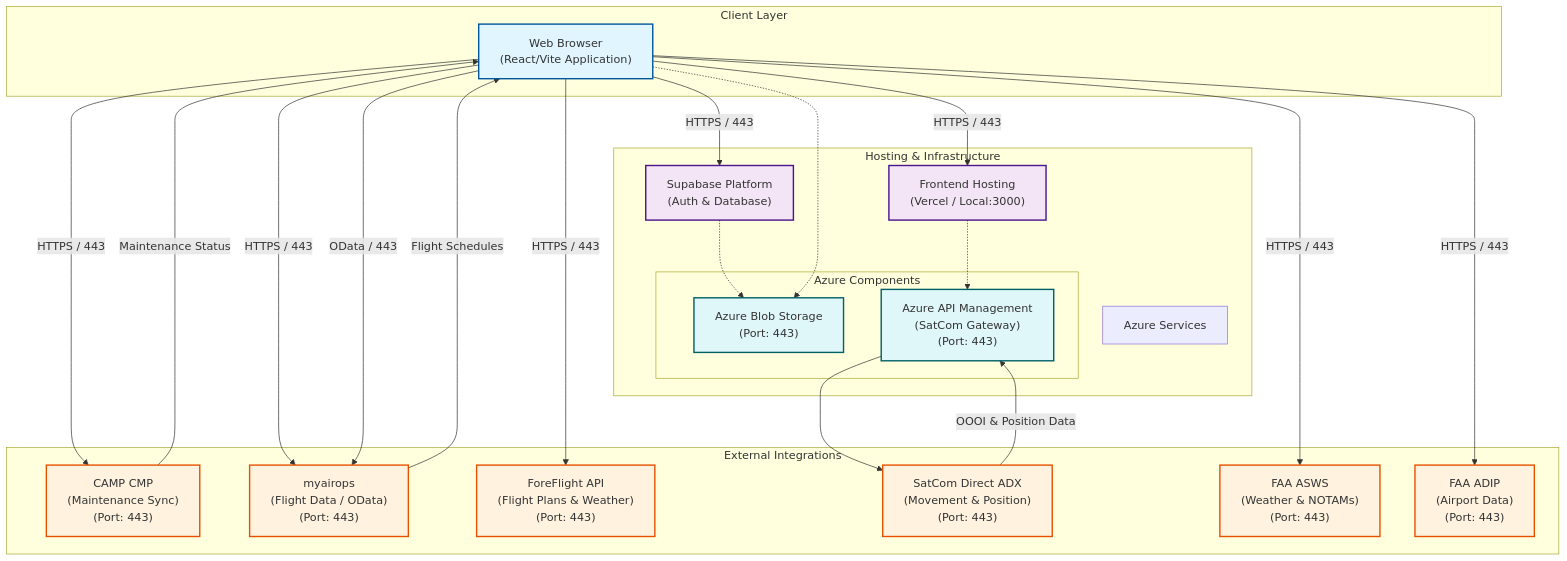
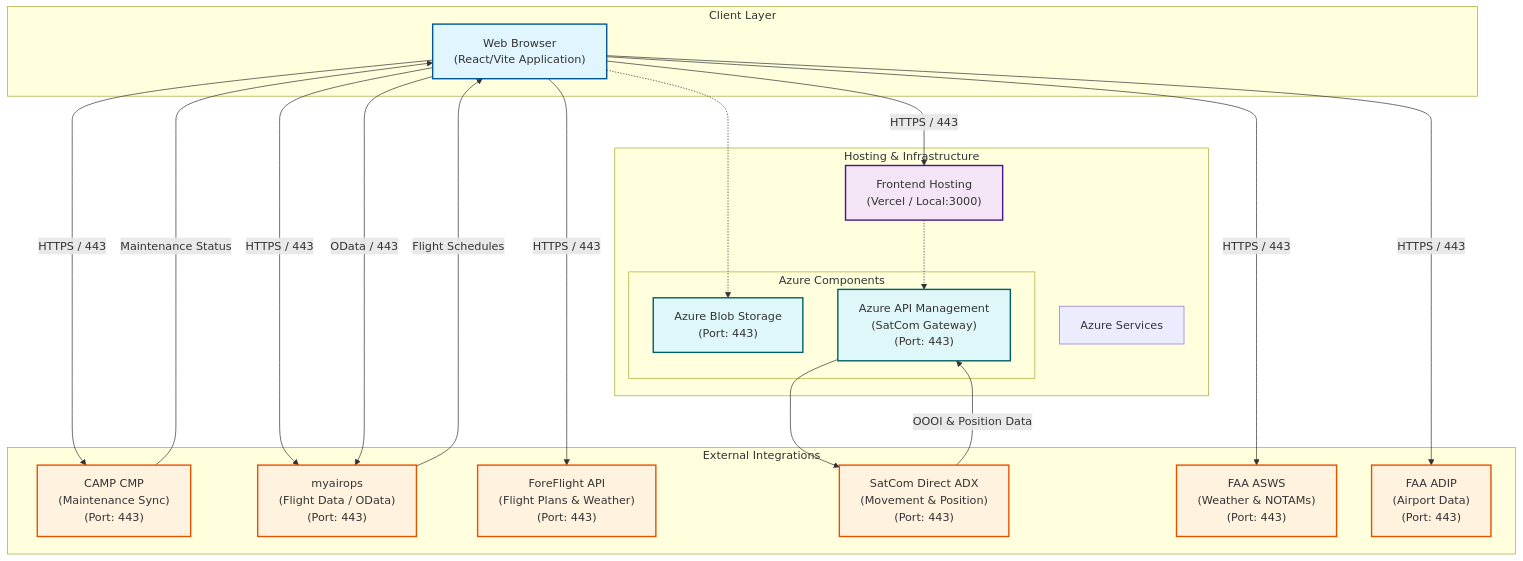
Before and after one commit to bryandunlop/Antigravity-Aviation-Management-System: the diagram in src/technical_architecture.md, drawn with Mermaid. The commit also changed other lines of this file and 55 other files, not shown here.

````diff
--- a/src/technical_architecture.md
+++ b/src/technical_architecture.md
@@ -3,63 +3,60 @@
 ```mermaid
 graph TB
     %% Nodes
     subgraph Client ["Client Layer"]
         Browser["Web Browser<br>(React/Vite Application)"]
     end
 
     subgraph Hosting ["Hosting & Infrastructure"]
         Vercel["Frontend Hosting<br>(Vercel / Local:3000)"]
-        Supabase["Supabase Platform<br>(Auth & Database)"]
         AzureServices["Azure Services"]
         
         subgraph AzureDetails ["Azure Components"]
             AzureStorage["Azure Blob Storage<br>(Port: 443)"]
             AzureAPIM["Azure API Management<br>(SatCom Gateway)<br>(Port: 443)"]
         end
     end
 
     subgraph ExternalAPIs ["External Integrations"]
         CAMP["CAMP CMP<br>(Maintenance Sync)<br>(Port: 443)"]
         MyAirOps["myairops<br>(Flight Data / OData)<br>(Port: 443)"]
         ForeFlight["ForeFlight API<br>(Flight Plans & Weather)<br>(Port: 443)"]
         SatComDirect["SatCom Direct ADX<br>(Movement & Position)<br>(Port: 443)"]
         FAA_ASWS["FAA ASWS<br>(Weather & NOTAMs)<br>(Port: 443)"]
         ADIP["FAA ADIP<br>(Airport Data)<br>(Port: 443)"]
     end
 
     %% Connections
     Browser -- "HTTPS / 443" --> Vercel
-    Browser -- "HTTPS / 443" --> Supabase
     
     %% Backend Integrations (via Edge Functions or Client Proxies)
     Vercel -.-> AzureAPIM
     AzureAPIM --> SatComDirect
     
     %% Direct Integrations
     Browser -- "HTTPS / 443" --> CAMP
     Browser -- "HTTPS / 443" --> MyAirOps
     Browser -- "OData / 443" --> MyAirOps
     Browser -- "HTTPS / 443" --> ForeFlight
     Browser -- "HTTPS / 443" --> FAA_ASWS
     Browser -- "HTTPS / 443" --> ADIP
     
     %% Azure Storage Integration
-    Supabase -.-> AzureStorage
     Browser -.-> AzureStorage
 
     %% Data Flow
     SatComDirect -- "OOOI & Position Data" --> AzureAPIM
     CAMP -- "Maintenance Status" --> Browser
     MyAirOps -- "Flight Schedules" --> Browser
 
     %% Styling
     classDef client fill:#e1f5fe,stroke:#01579b,stroke-width:2px;
     classDef housing fill:#f3e5f5,stroke:#4a148c,stroke-width:2px;
     classDef azure fill:#e0f7fa,stroke:#006064,stroke-width:2px;
     classDef external fill:#fff3e0,stroke:#e65100,stroke-width:2px;
 
     class Browser client;
-    class Vercel,Supabase housing;
+    class Vercel housing;
     class AzureStorage,AzureAPIM azure;
     class CAMP,MyAirOps,ForeFlight,SatComDirect,FAA_ASWS,ADIP external;
 ```
````
